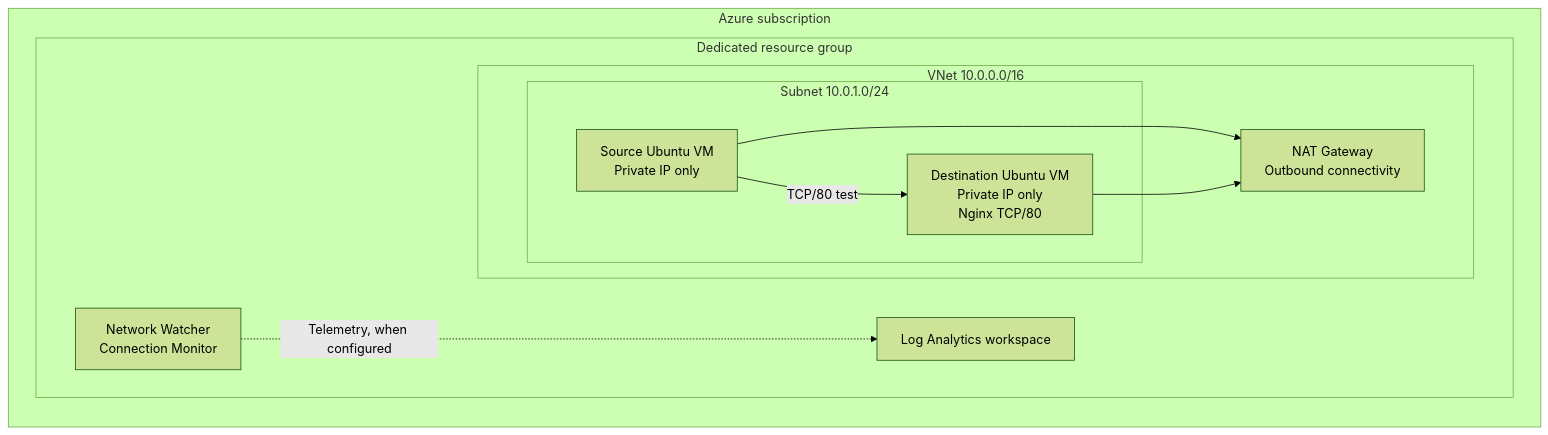
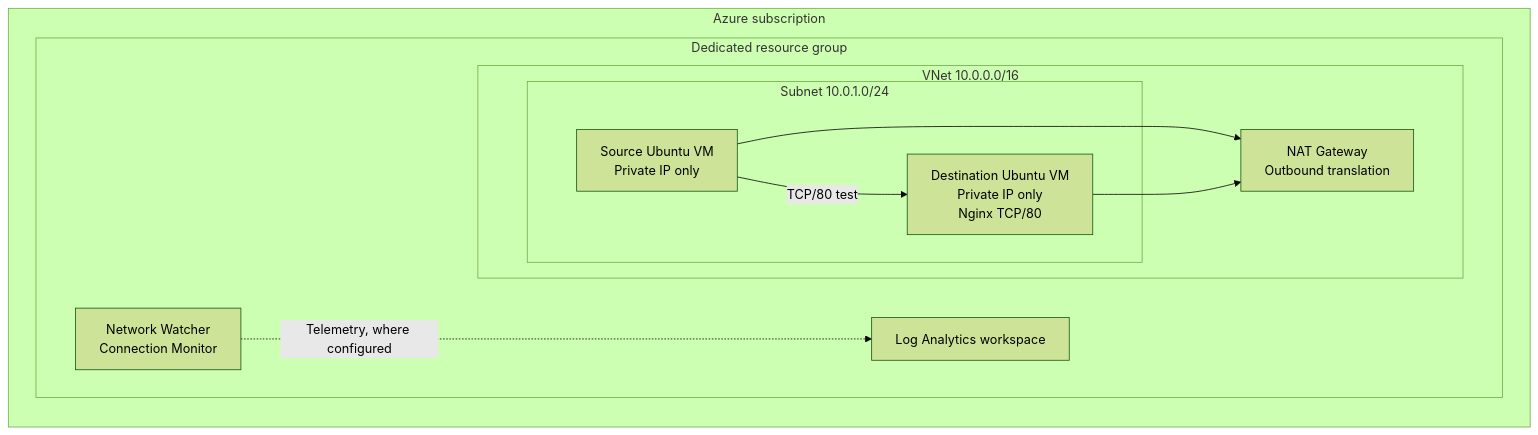
The diagram in README.md (RomarioBennett/azure-network-monitoring-lab), drawn with Mermaid (forest theme) before and after one commit. The commit also changed other lines of this file and 19 other files, not shown here.

````diff
--- a/README.md
+++ b/README.md
@@ -23,20 +25,20 @@
 ```mermaid
 flowchart LR
-  subgraph Azure[Azure subscription]
-    subgraph RG[Dedicated resource group]
-      subgraph VNET[VNet 10.0.0.0/16]
-        subgraph SUB[Subnet 10.0.1.0/24]
-          SRC[Source Ubuntu VM\nPrivate IP only]
-          DST[Destination Ubuntu VM\nPrivate IP only\nNginx TCP/80]
+  subgraph Azure["Azure subscription"]
+    subgraph RG["Dedicated resource group"]
+      subgraph VNET["VNet 10.0.0.0/16"]
+        subgraph SUB["Subnet 10.0.1.0/24"]
+          SRC["Source Ubuntu VM<br/>Private IP only"]
+          DST["Destination Ubuntu VM<br/>Private IP only<br/>Nginx TCP/80"]
         end
-        NAT[NAT Gateway\nOutbound connectivity]
+        NAT["NAT Gateway<br/>Outbound translation"]
       end
-      CM[Network Watcher\nConnection Monitor]
-      LAW[Log Analytics workspace]
+      CM["Network Watcher<br/>Connection Monitor"]
+      LAW["Log Analytics workspace"]
     end
   end
-  SRC -->|TCP/80 test| DST
+  SRC -->|"TCP/80 test"| DST
   SRC --> NAT
   DST --> NAT
-  CM -.->|Telemetry, when configured| LAW
+  CM -.->|"Telemetry, where configured"| LAW
 ```
````
